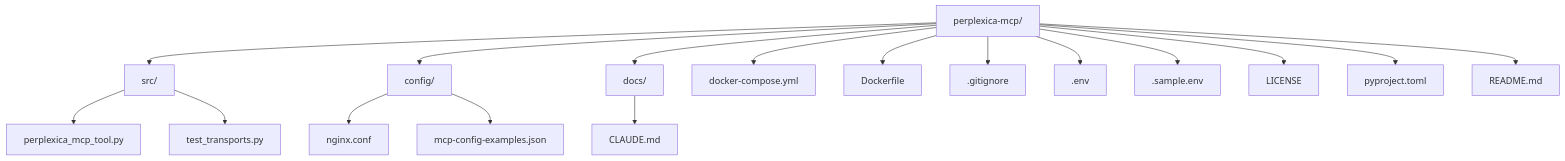
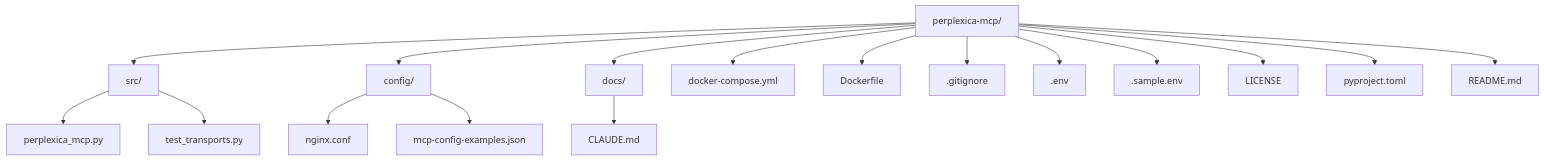
One commit to skymoore/perplexica-mcp-open-webui changed the diagram in docs/repo_structure.md. Above: the diagram before and after it, drawn with Mermaid. The commit also changed other lines of this file and 15 other files, not shown here.

Commit message:
Migrate Perplexica MCP server to FastMCP (#6)

````diff
--- a/docs/repo_structure.md
+++ b/docs/repo_structure.md
@@ -5,20 +5,20 @@
 ```mermaid
 graph TD
     A[perplexica-mcp/]
     A --> B[src/]
-    B --> B1[perplexica_mcp_tool.py]
+    B --> B1[perplexica_mcp.py]
     B --> B2[test_transports.py]
     A --> C[config/]
     C --> C1[nginx.conf]
     C --> C2[mcp-config-examples.json]
     A --> D[docs/]
     D --> D1[CLAUDE.md]
     A --> E[docker-compose.yml]
     A --> F[Dockerfile]
     A --> G[.gitignore]
     A --> H[.env]
     A --> I[.sample.env]
     A --> J[LICENSE]
     A --> K[pyproject.toml]
     A --> L[README.md]
 ```
````
